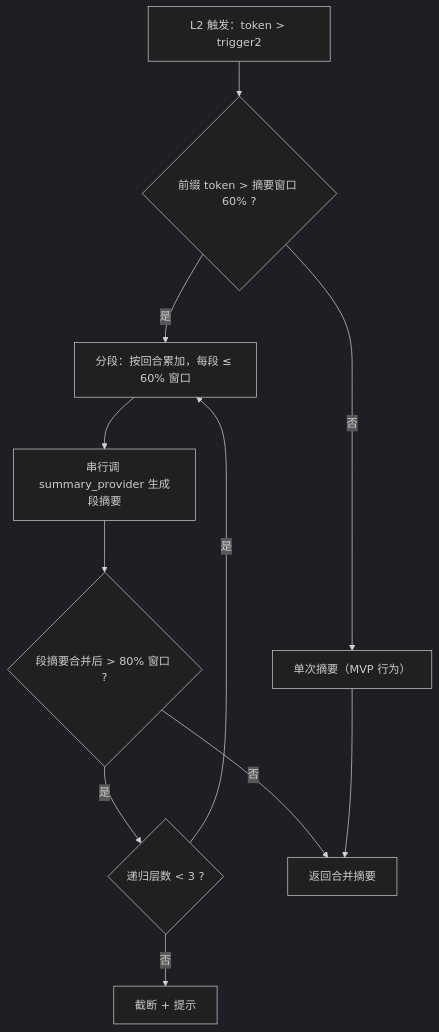
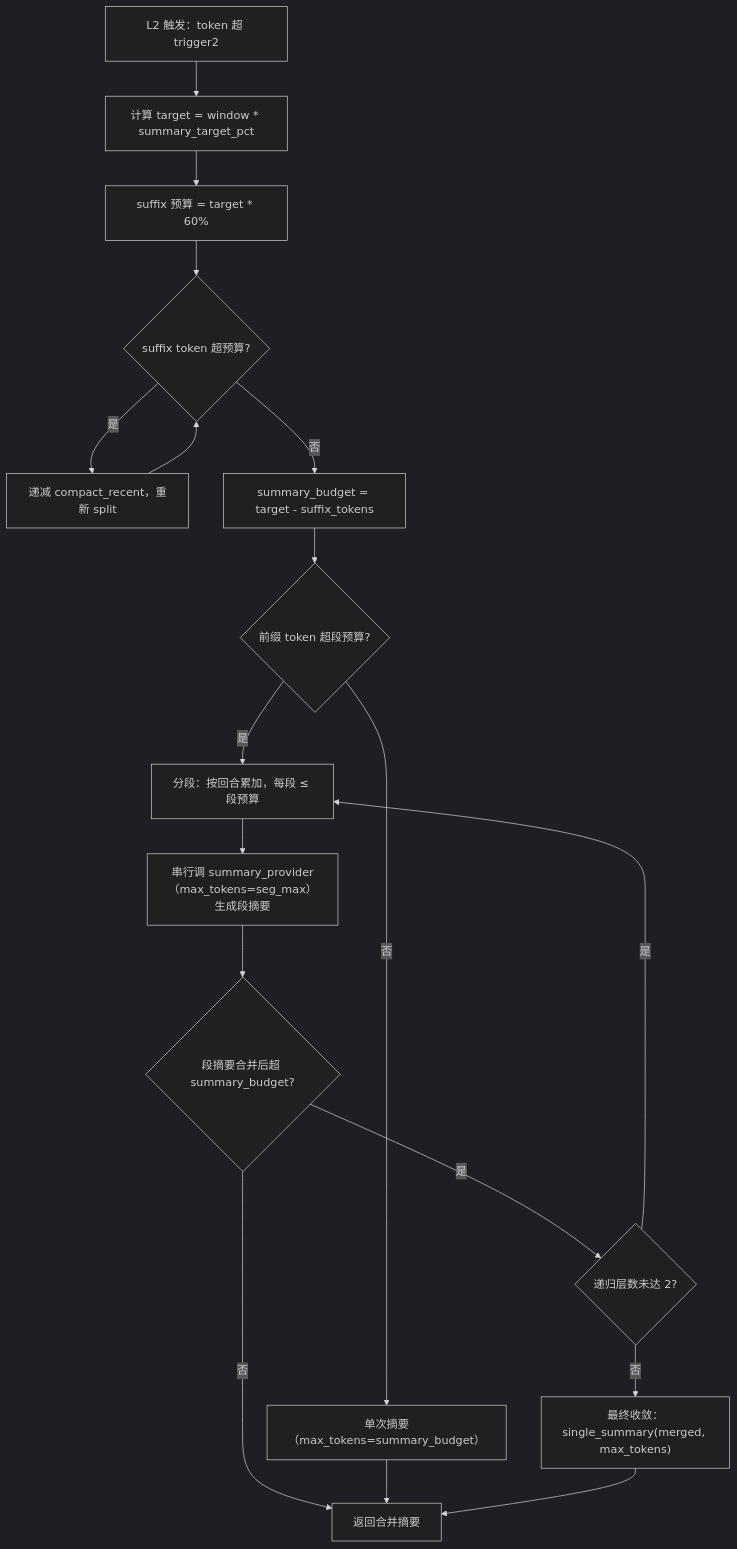
One commit to cxshun/code-forge changed the third of 3 diagrams in docs/p3/context-eng/design.md. Above: the diagram before and after it, drawn with Mermaid (dark theme). The commit also changed other lines of this file and 10 other files, not shown here.

First line of the commit message:
fix(context): L2 compaction 预算感知 — max_tokens 约束 + suffix 自动缩减 + 最终收敛

````diff
--- a/docs/p3/context-eng/design.md
+++ b/docs/p3/context-eng/design.md
@@ -333,13 +343,20 @@
 ```mermaid
 flowchart TD
-    A["L2 触发：token > trigger2"] --> B{"前缀 token > 摘要窗口 60% ?"}
-    B -->|否| C["单次摘要（MVP 行为）"]
-    B -->|是| D["分段：按回合累加，每段 ≤ 60% 窗口"]
-    D --> E["串行调 summary_provider 生成段摘要"]
-    E --> F{"段摘要合并后 > 80% 窗口 ?"}
-    F -->|是| G{"递归层数 < 3 ?"}
+    A["L2 触发：token 超 trigger2"] --> T["计算 target = window * summary_target_pct"]
+    T --> S["suffix 预算 = target * 60%"]
+    S --> SR{"suffix token 超预算?"}
+    SR -->|是| SRD["递减 compact_recent，重新 split"]
+    SRD --> SR
+    SR -->|否| SB["summary_budget = target - suffix_tokens"]
+    SB --> B{"前缀 token 超段预算?"}
+    B -->|否| C["单次摘要（max_tokens=summary_budget）"]
+    B -->|是| D["分段：按回合累加，每段 ≤ 段预算"]
+    D --> E["串行调 summary_provider（max_tokens=seg_max）生成段摘要"]
+    E --> F{"段摘要合并后超 summary_budget?"}
+    F -->|是| G{"递归层数未达 2?"}
     G -->|是| D
-    G -->|否| H["截断 + 提示"]
+    G -->|否| H["最终收敛：single_summary(merged, max_tokens)"]
     F -->|否| I["返回合并摘要"]
     C --> I
+    H --> I
 ```
````
